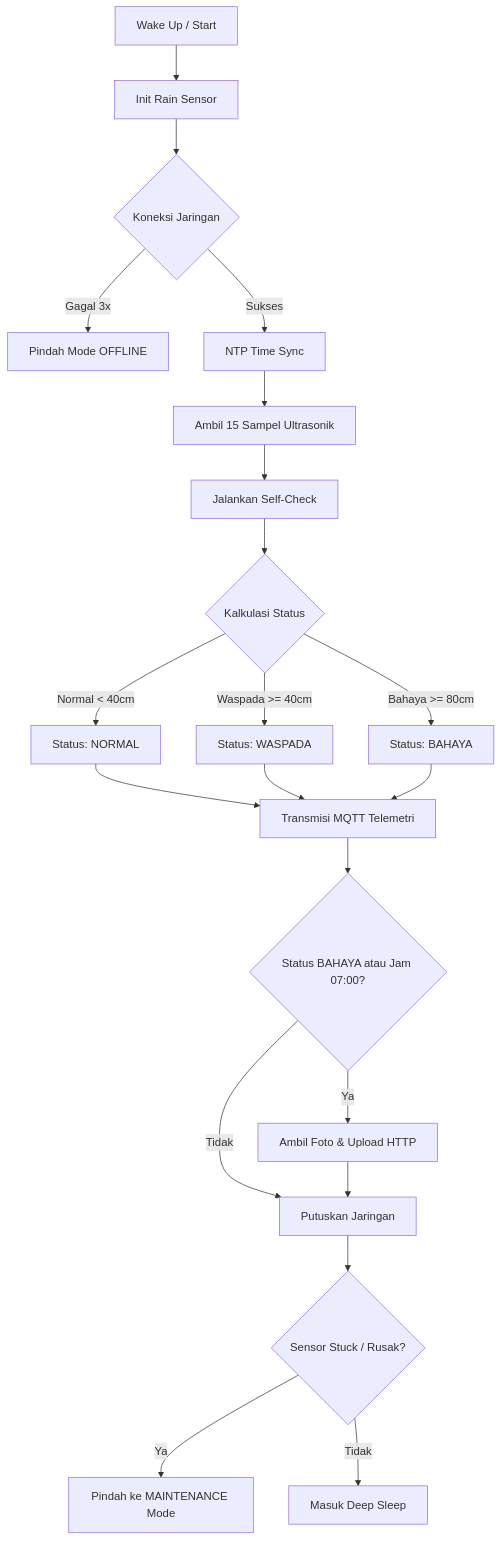
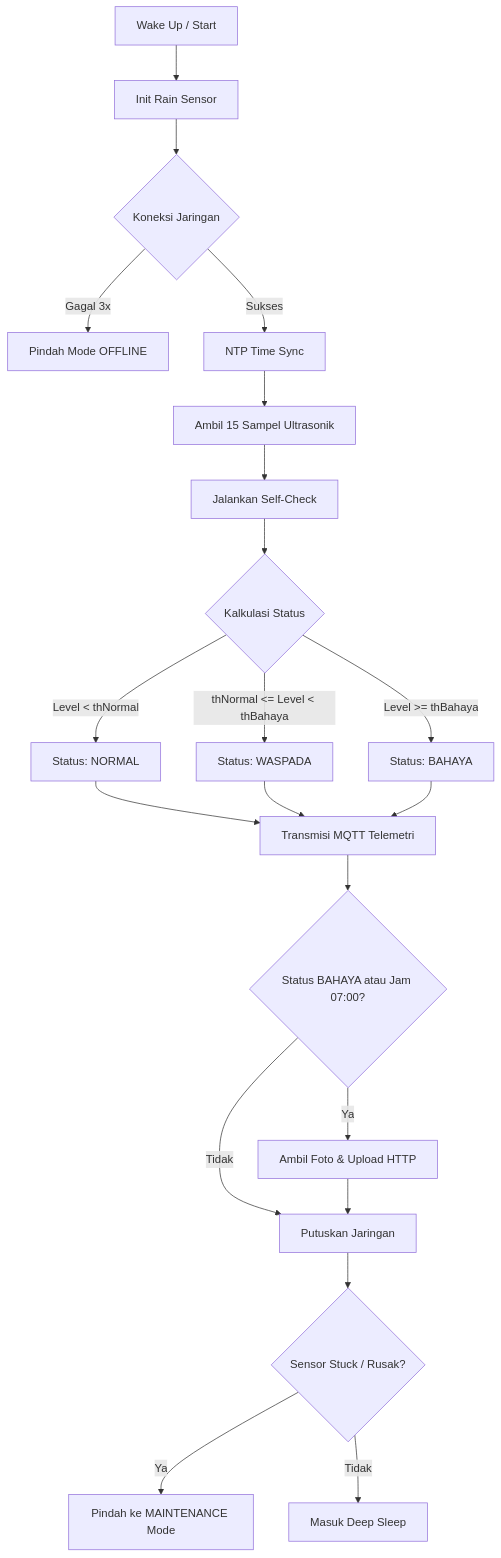
Before and after one commit to RazaqFarhanR/iot-drainage-esp32cam: the second of 3 diagrams in docs/spesifikasi_protokol_dan_alur_sistem.md, drawn with Mermaid. The commit also changed other lines of this file and 3 other files, not shown here.

````diff
--- a/docs/spesifikasi_protokol_dan_alur_sistem.md
+++ b/docs/spesifikasi_protokol_dan_alur_sistem.md
@@ -58,23 +58,23 @@
 ```mermaid
 graph TD
     A[Wake Up / Start] --> B[Init Rain Sensor]
     B --> C{Koneksi Jaringan}
     C -- Gagal 3x --> D[Pindah Mode OFFLINE]
     C -- Sukses --> E[NTP Time Sync]
     E --> F[Ambil 15 Sampel Ultrasonik]
     F --> G[Jalankan Self-Check]
     G --> H{Kalkulasi Status}
-    H -- Normal < 40cm --> I[Status: NORMAL]
-    H -- Waspada >= 40cm --> J[Status: WASPADA]
-    H -- Bahaya >= 80cm --> K[Status: BAHAYA]
+    H -- Level < thNormal --> I[Status: NORMAL]
+    H -- thNormal <= Level < thBahaya --> J[Status: WASPADA]
+    H -- Level >= thBahaya --> K[Status: BAHAYA]
     I --> L[Transmisi MQTT Telemetri]
     J --> L
     K --> L
     L --> M{Status BAHAYA atau Jam 07:00?}
     M -- Ya --> N[Ambil Foto & Upload HTTP]
     M -- Tidak --> O[Putuskan Jaringan]
     N --> O
     O --> P{Sensor Stuck / Rusak?}
     P -- Ya --> Q[Pindah ke MAINTENANCE Mode]
     P -- Tidak --> R[Masuk Deep Sleep]
 ```
````
